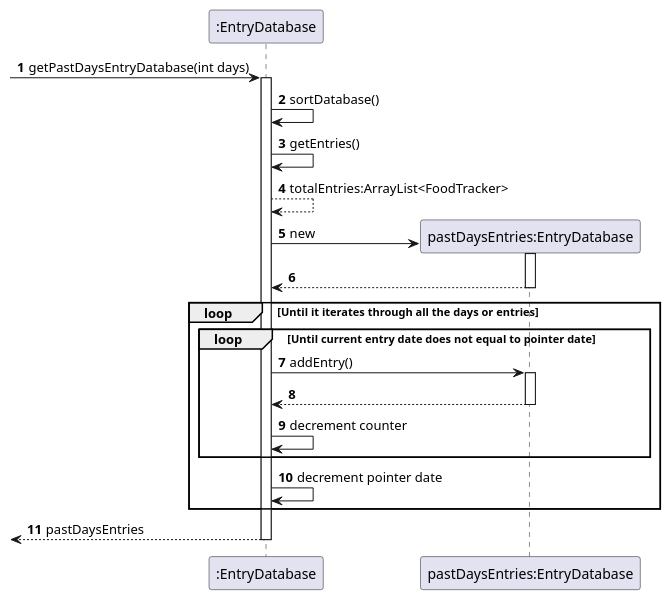
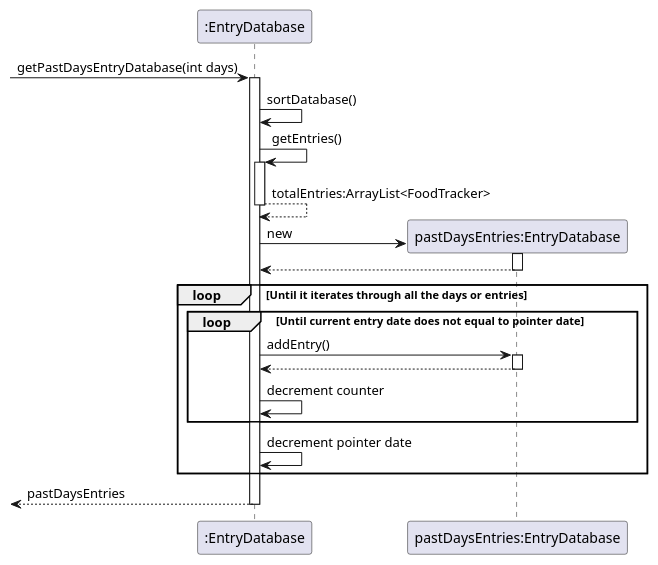
The diagram in docs/diagrams-DG/EntryDatabase_getPastDaysEntryDatabase_Seq.puml (praj-bellakka/tp), drawn with PlantUML before and after one commit. The commit also changed 12 other files, not shown here.

Commit message:
Update all puml diagrams to follow UML Diagram standards

```diff
--- a/docs/diagrams-DG/EntryDatabase_getPastDaysEntryDatabase_Seq.puml
+++ b/docs/diagrams-DG/EntryDatabase_getPastDaysEntryDatabase_Seq.puml
@@ -1,34 +1,33 @@
 @startuml
 'https://plantuml.com/sequence-diagram
-
-autonumber
 
 -> ":EntryDatabase": getPastDaysEntryDatabase(int days)
 activate ":EntryDatabase"
 
 ":EntryDatabase" -> ":EntryDatabase": sortDatabase()
 
 ":EntryDatabase" -> ":EntryDatabase": getEntries()
+activate ":EntryDatabase"
 ":EntryDatabase" --> ":EntryDatabase": totalEntries:ArrayList<FoodTracker>
-
+deactivate ":EntryDatabase"
 create "pastDaysEntries:EntryDatabase"
 ":EntryDatabase" -> "pastDaysEntries:EntryDatabase": new
 activate "pastDaysEntries:EntryDatabase"
 return
 
 loop Until it iterates through all the days or entries
     loop Until current entry date does not equal to pointer date
 
         ":EntryDatabase" -> "pastDaysEntries:EntryDatabase": addEntry()
         activate "pastDaysEntries:EntryDatabase"
         return
 
         ":EntryDatabase" -> ":EntryDatabase": decrement counter
 
     end
 
     ":EntryDatabase" -> ":EntryDatabase": decrement pointer date
 end
 
 return pastDaysEntries
 @enduml
```
